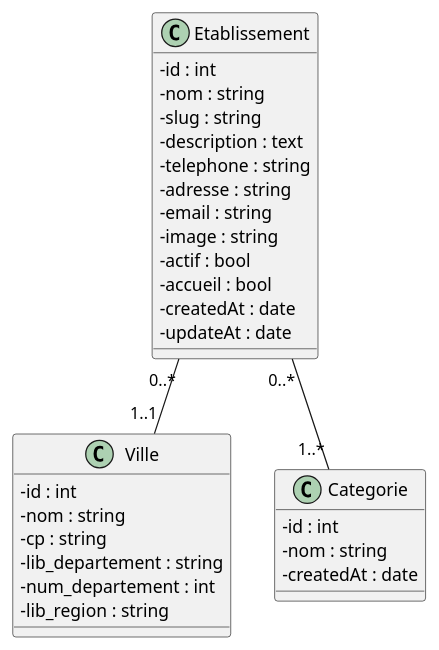
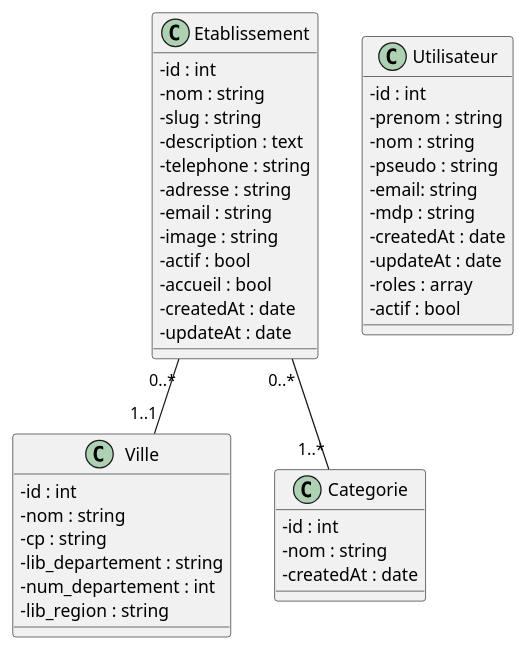
The diagram in documentation/Diagramme_classes.puml (liamgnb/FC-Tourisme), drawn with PlantUML before and after one commit. The commit also changed 6 other files, not shown here.

```diff
--- a/documentation/Diagramme_classes.puml
+++ b/documentation/Diagramme_classes.puml
@@ -1,37 +1,50 @@
 @startuml
 skinparam classAttributeIconSize 0
 
 class Etablissement {
     - id : int
     - nom : string
     - slug : string
     - description : text
     - telephone : string
     - adresse : string
     - email : string
     - image : string
     - actif : bool
     - accueil : bool
     - createdAt : date
     - updateAt : date
 }
 
 class Ville {
     - id : int
     - nom : string
     - cp : string
     - lib_departement : string
     - num_departement : int
     - lib_region : string
 }
 
 class Categorie {
     - id : int
     - nom : string
     - createdAt : date
 }
 
+class Utilisateur {
+    - id : int
+    - prenom : string
+    - nom : string
+    - pseudo : string
+    - email: string
+    - mdp : string
+    - createdAt : date
+    - updateAt : date
+    - roles : array
+    - actif : bool
+}
+
 Etablissement "0..*" -- "1..*" Categorie
 Etablissement "0..*" -- "1..1" Ville
 
 @enduml
```
